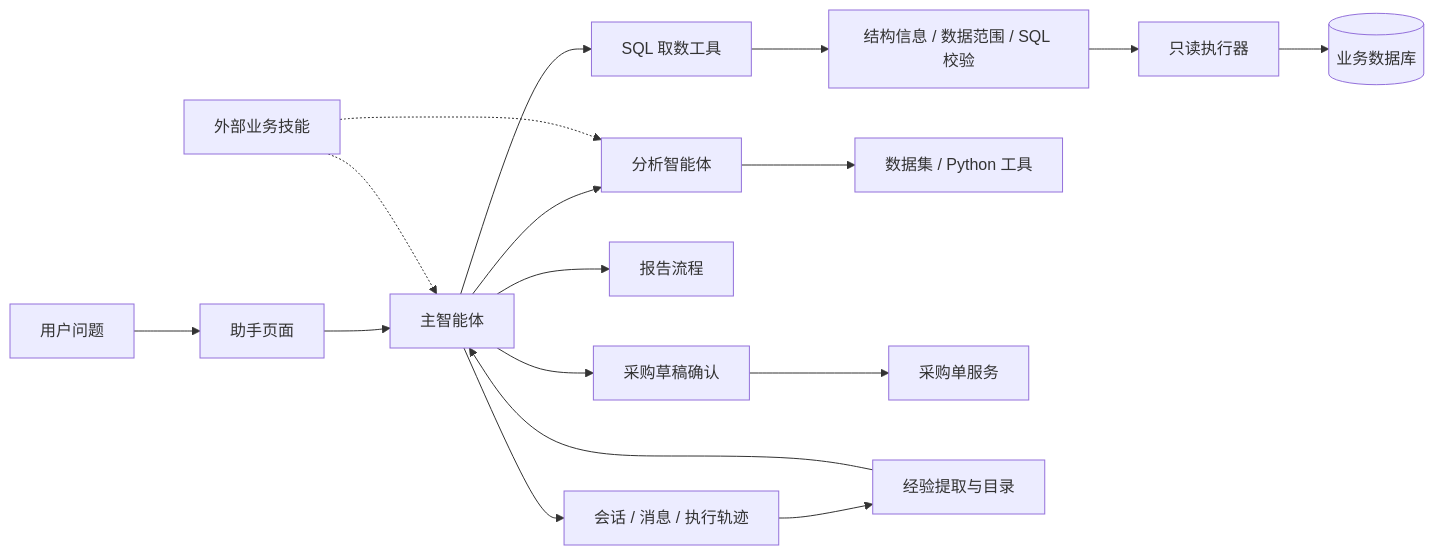
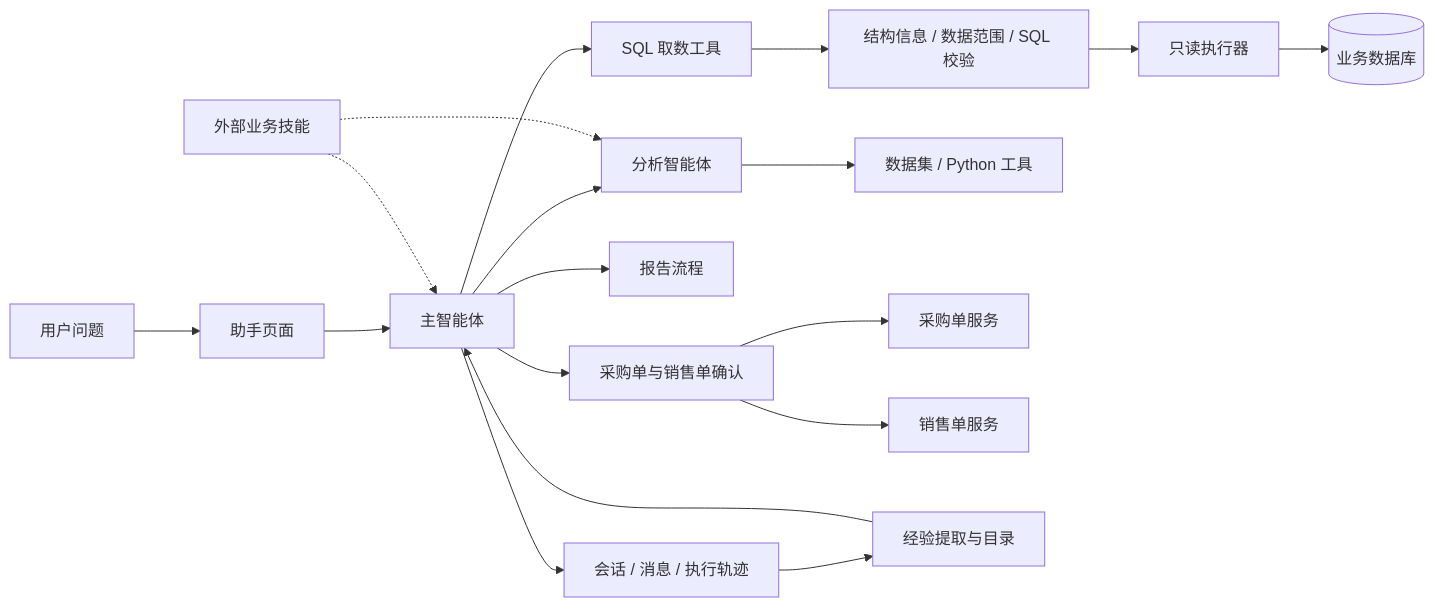
Before and after one commit to LI-S-H/qiheng-erp: the first of 3 diagrams in README.md, drawn with Mermaid. The commit also changed other lines of this file and 42 other files, not shown here.

````diff
--- a/README.md
+++ b/README.md
@@ -164,19 +164,20 @@
 ```mermaid
 flowchart LR
     User[用户问题] --> UI[助手页面]
     UI --> Main[主智能体]
     Main --> Query[SQL 取数工具]
     Query --> Guard[结构信息 / 数据范围 / SQL 校验]
     Guard --> Read[只读执行器]
     Read --> DB[(业务数据库)]
     Main --> Analysis[分析智能体]
     Analysis --> Python[数据集 / Python 工具]
     Main --> Report[报告流程]
-    Main --> Draft[采购草稿确认]
+    Main --> Draft[采购单与销售单确认]
     Draft --> Purchase[采购单服务]
+    Draft --> Sales[销售单服务]
     Main --> Trace[会话 / 消息 / 执行轨迹]
     Trace --> Experience[经验提取与目录]
     Experience --> Main
     Skills[外部业务技能] -.-> Main
     Skills -.-> Analysis
 ```
````
